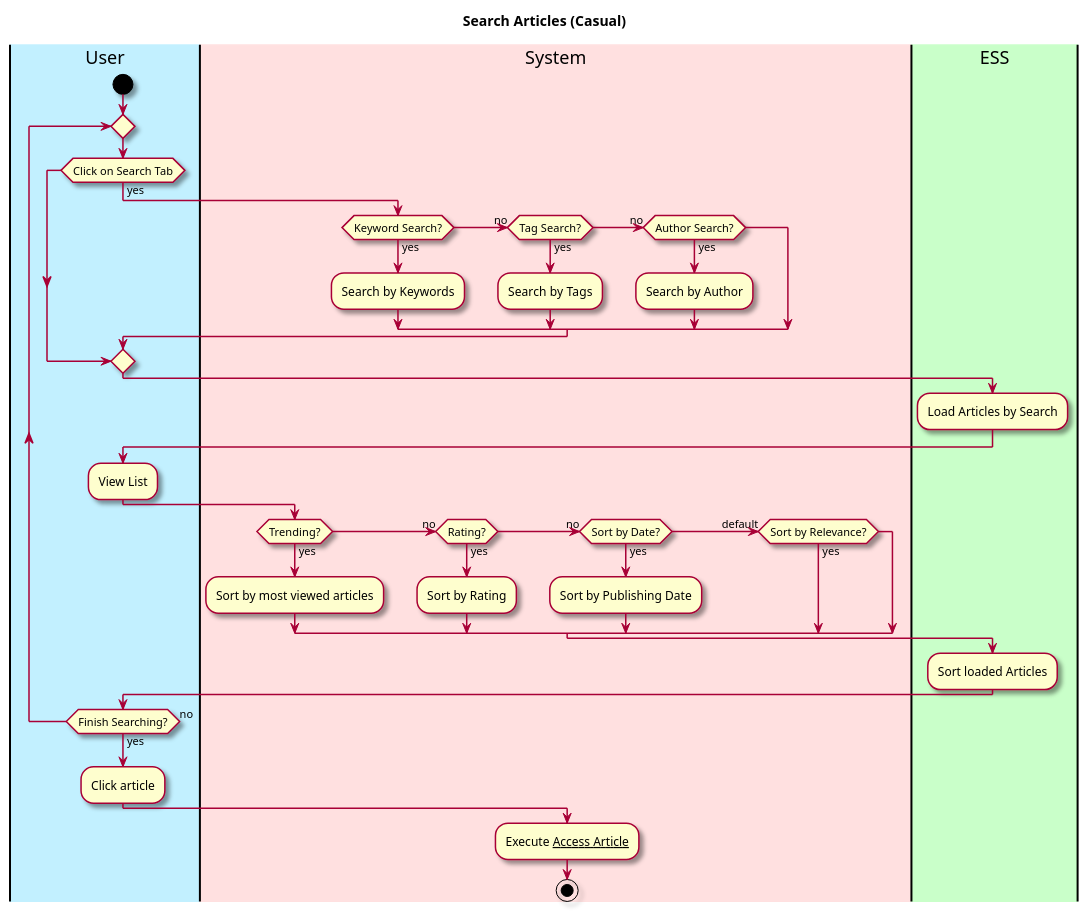
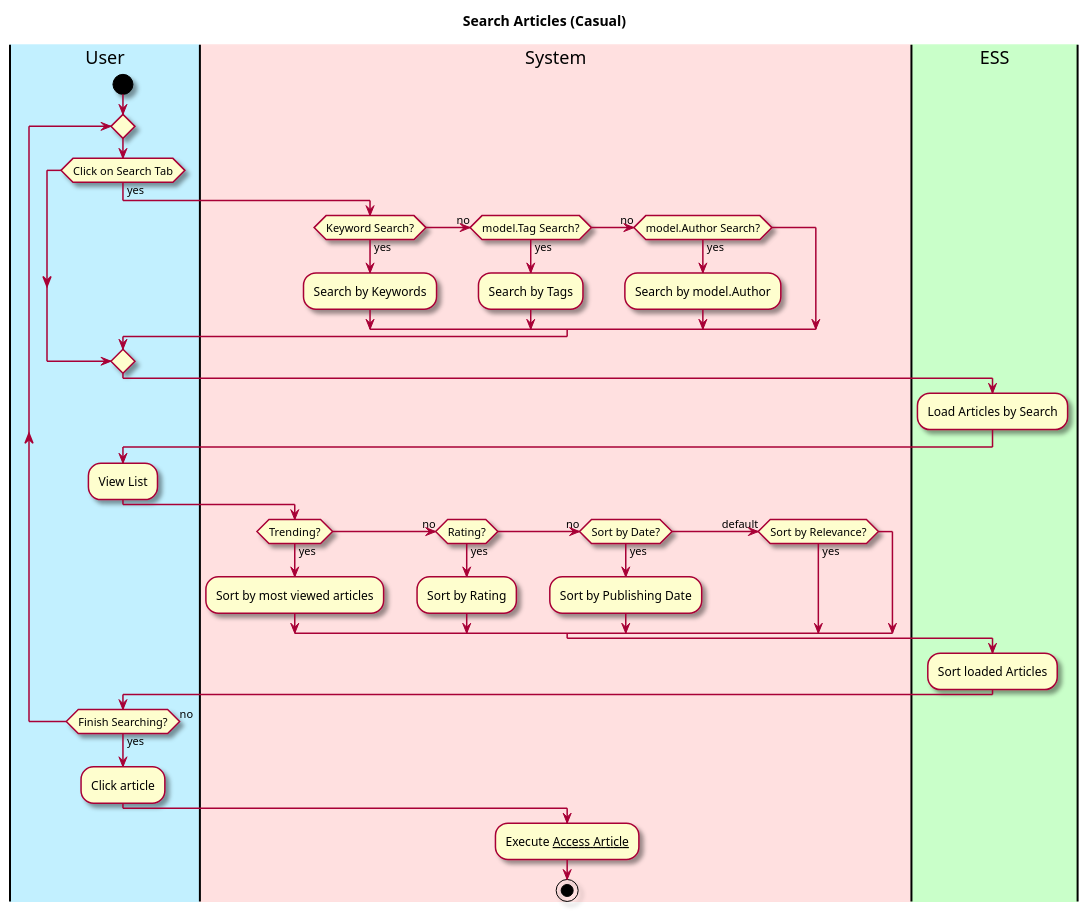
The first of 2 diagrams in intellij/doc/use-cases/search-article.md (owhitleym-ui/EcoScoop), drawn with PlantUML before and after one commit. The commit also changed other lines of this file and 72 other files, not shown here.

````diff
--- a/intellij/doc/use-cases/search-article.md
+++ b/intellij/doc/use-cases/search-article.md
@@ -20,53 +20,53 @@
 ```plantuml
 @startuml
 skin rose
 
 title Search Articles (Casual)
 
 'define the lanes
 |#application|User|
 |#implementation|System|
 |#technology|ESS|
 
 |User|
 start
 repeat 
 if (Click on Search Tab) then (yes)
 |System|
     if (Keyword Search?) then (yes)
     :Search by Keywords;
-    (no) elseif (Tag Search?) then (yes)
+    (no) elseif (model.Tag Search?) then (yes)
     :Search by Tags;
-    (no) elseif (Author Search?) then (yes)
-    :Search by Author;
+    (no) elseif (model.Author Search?) then (yes)
+    :Search by model.Author;
     endif
 
 endif
 |ESS|
 :Load Articles by Search;
 |User|
 :View List;
 |System|
     
     if (Trending?) then (yes)
     :Sort by most viewed articles;
     (no) elseif (Rating?) then (yes)
     :Sort by Rating;
     (no) elseif (Sort by Date?) then (yes)
     :Sort by Publishing Date;
     (default) elseif (Sort by Relevance?) then (yes)
     endif
 
 |ESS|
 :Sort loaded Articles;
 
 |User|
 
 repeat while (Finish Searching?) is (no) not (yes)
 :Click article;
 
 |System|
 :Execute __Access Article__;
 stop
 @enduml
 ```
````
